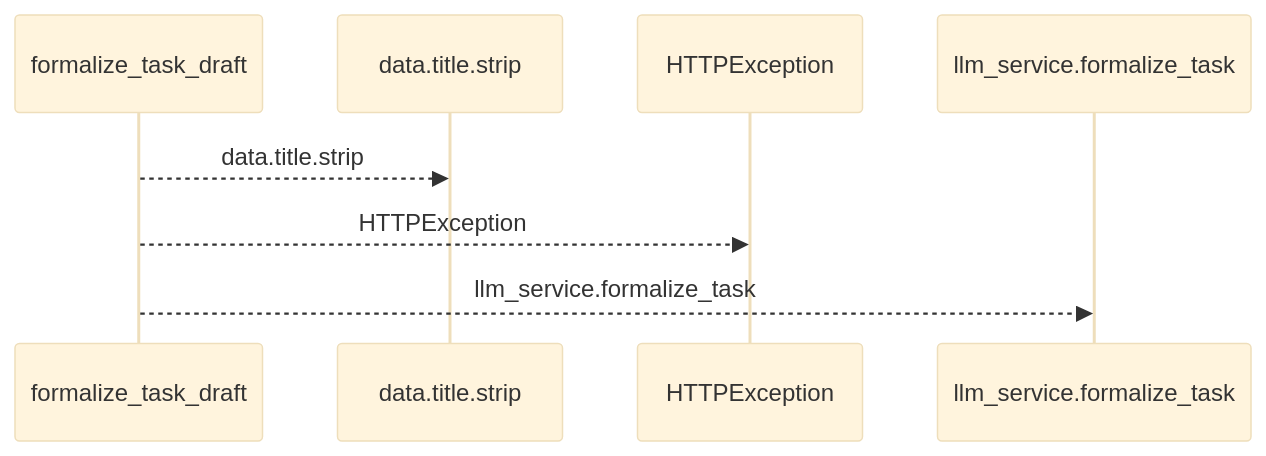
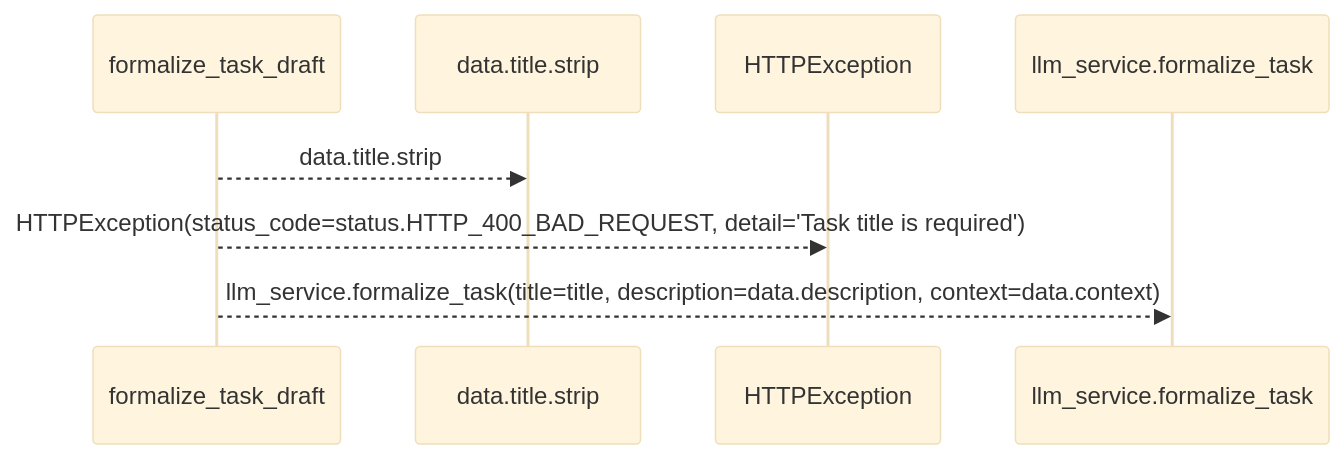
Before and after one commit to Denissvgn/WorkChord: the first of 2 diagrams in docs/llm_wiki/flows/http-formalize_task_draft.md, drawn with Mermaid (base theme). The commit also changed other lines of this file and 25171 other files, not shown here.

````diff
--- a/docs/llm_wiki/flows/http-formalize_task_draft.md
+++ b/docs/llm_wiki/flows/http-formalize_task_draft.md
@@ -10,10 +12,10 @@
 ```mermaid
 sequenceDiagram
     participant p0 as formalize_task_draft
     participant p1 as data.title.strip
     participant p2 as HTTPException
     participant p3 as llm_service.formalize_task
     p0-->>p1: data.title.strip
-    p0-->>p2: HTTPException
-    p0-->>p3: llm_service.formalize_task
+    p0-->>p2: HTTPException(status_code=status.HTTP_400_BAD_REQUEST, detail='Task title is required')
+    p0-->>p3: llm_service.formalize_task(title=title, description=data.description, context=data.context)
 ```
````
